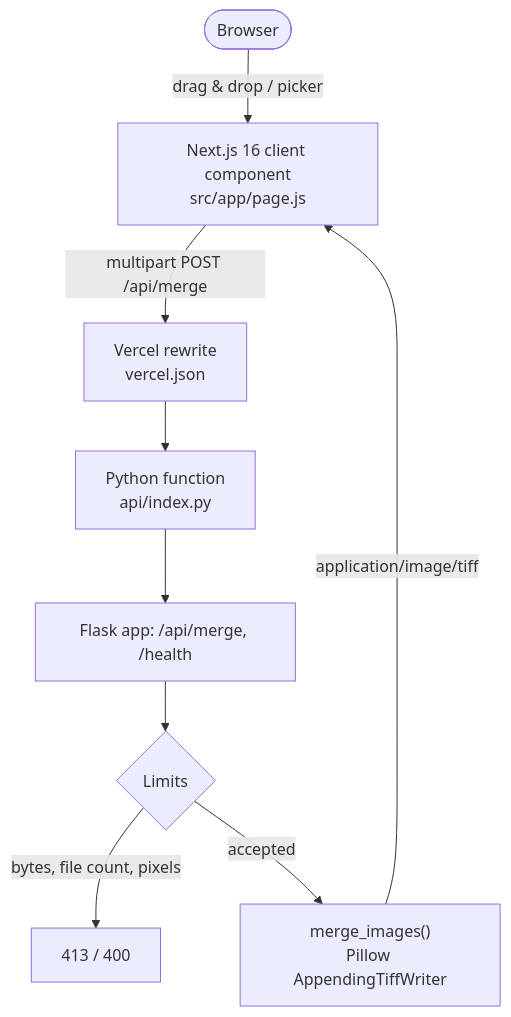
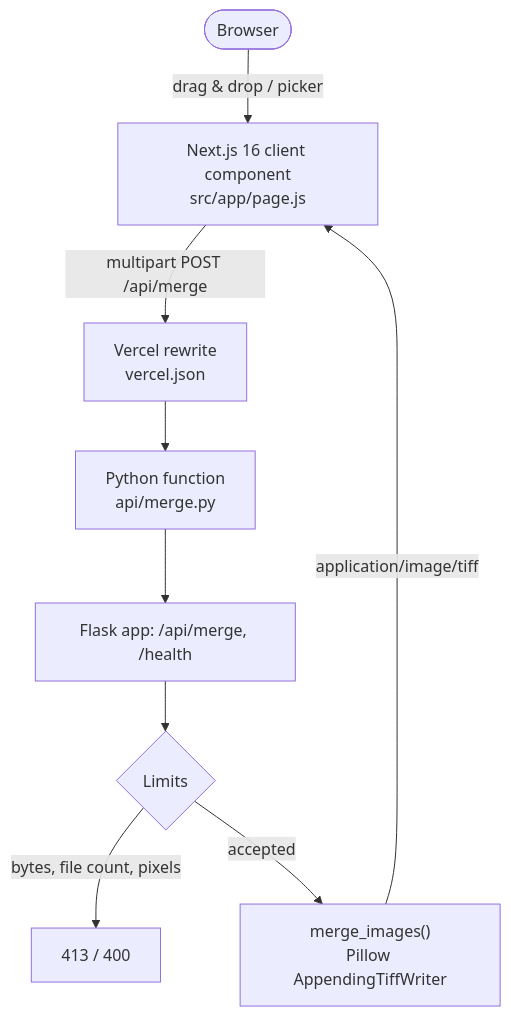
The diagram in README.md (Shreyansh2203/Merge-TIFF), drawn with Mermaid before and after one commit. The commit also changed other lines of this file and 6 other files, not shown here.

First line of the commit message:
fix(deploy): pin the Next.js preset and give the merge function its own route

````diff
--- a/README.md
+++ b/README.md
@@ -23,11 +23,11 @@
 ```mermaid
 flowchart TD
     User([Browser]) -->|drag &amp; drop / picker| UI["Next.js 16 client component\nsrc/app/page.js"]
     UI -->|multipart POST /api/merge| Proxy["Vercel rewrite\nvercel.json"]
-    Proxy --> Fn["Python function\napi/index.py"]
+    Proxy --> Fn["Python function\napi/merge.py"]
     Fn --> Flask[Flask app: /api/merge, /health]
     Flask --> Guard{Limits}
     Guard -->|bytes, file count, pixels| Reject["413 / 400"]
     Guard -->|accepted| Merge["merge_images()\nPillow AppendingTiffWriter"]
     Merge -->|application/image/tiff| UI
 ```
````
